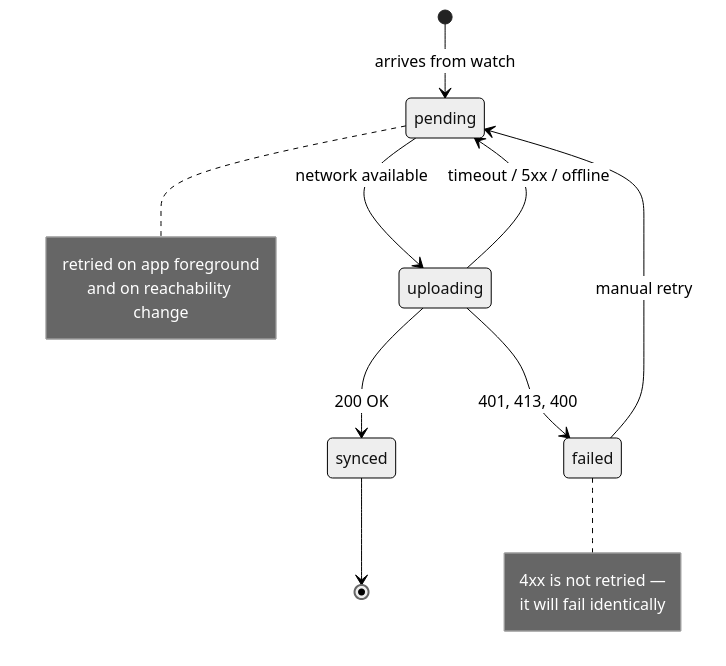
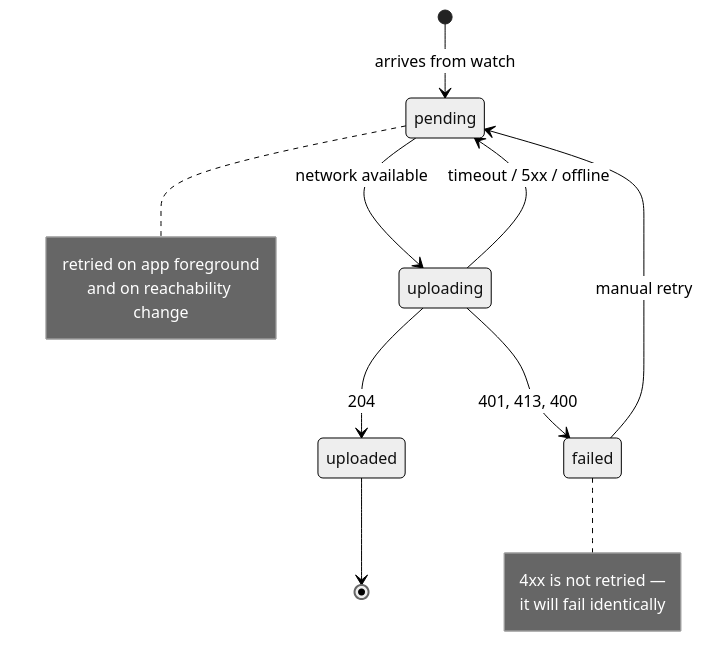
Before and after one commit to FrankLong1/watch-recorder: the fifth of 7 diagrams in BACKEND_ARCHITECTURE.md, drawn with Mermaid (neutral theme). The commit also changed other lines of this file and 31 other files, not shown here.

````diff
--- a/BACKEND_ARCHITECTURE.md
+++ b/BACKEND_ARCHITECTURE.md
@@ -160,20 +212,20 @@
 ```mermaid
 stateDiagram-v2
     [*] --> pending: arrives from watch
     pending --> uploading: network available
-    uploading --> synced: 200 OK
+    uploading --> uploaded: 204
     uploading --> pending: timeout / 5xx / offline
     uploading --> failed: 401, 413, 400
     failed --> pending: manual retry
-    synced --> [*]
+    uploaded --> [*]
 
     note right of pending
         retried on app foreground
         and on reachability change
     end note
 
     note right of failed
         4xx is not retried —
         it will fail identically
     end note
 ```
````
